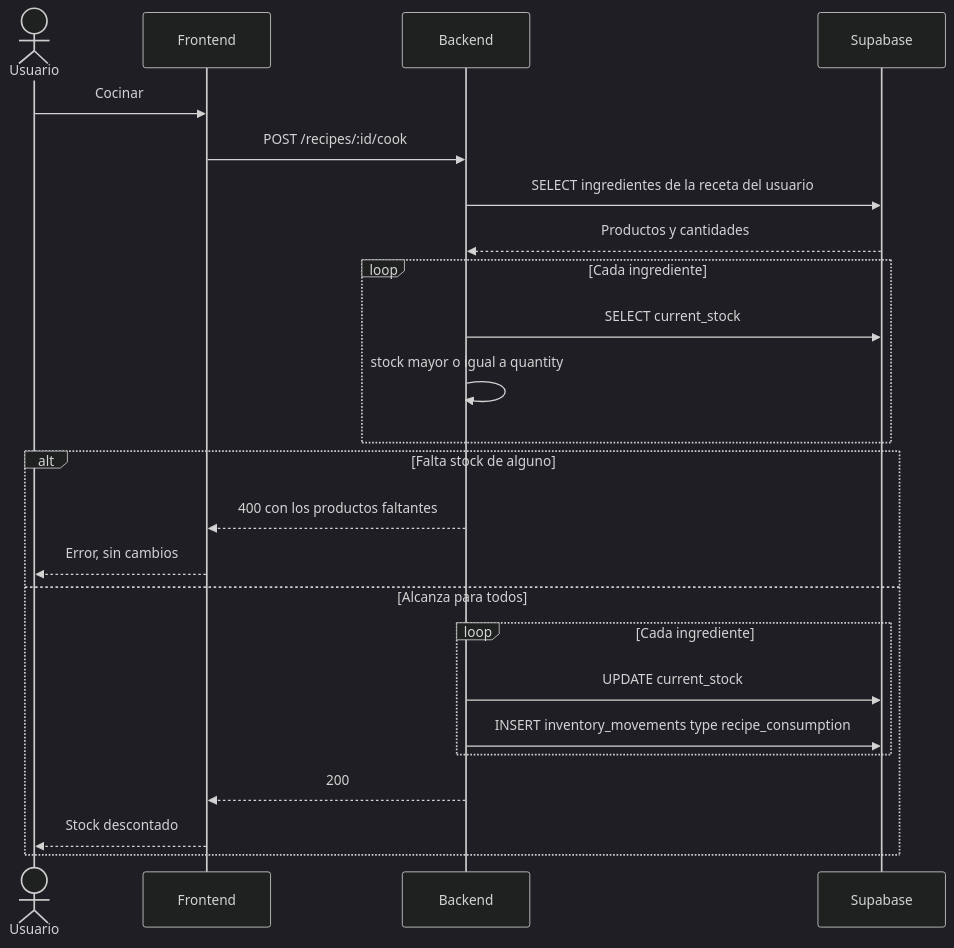
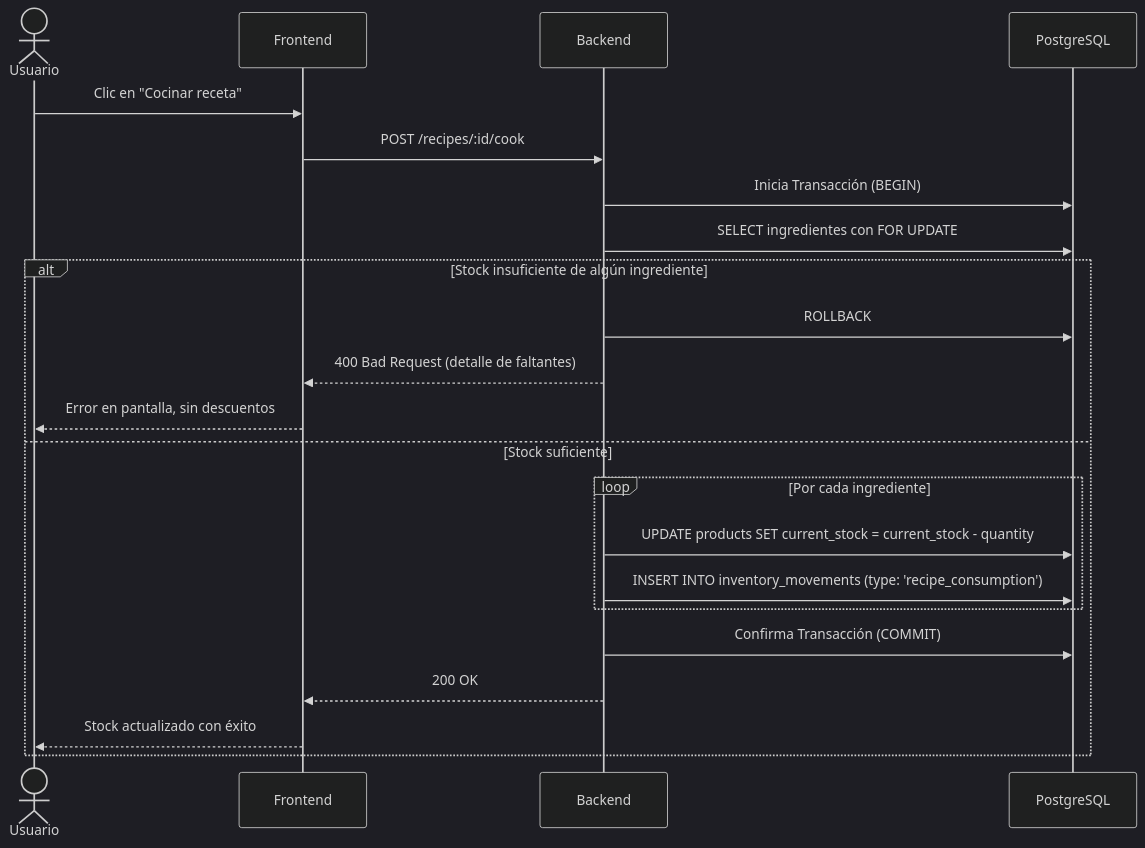
One commit to AlejandroPedrosa/Nido-SmartHome changed the fourth of 8 diagrams in docs/modulos.md. Above: the diagram before and after it, drawn with Mermaid (dark theme). The commit also changed other lines of this file and 8 other files, not shown here.

````diff
--- a/docs/modulos.md
+++ b/docs/modulos.md
@@ -445,29 +505,26 @@
 ```mermaid
 sequenceDiagram
     actor U as Usuario
     participant F as Frontend
     participant B as Backend
-    participant DB as Supabase
+    participant DB as PostgreSQL
 
-    U->>F: Cocinar
+    U->>F: Clic en "Cocinar receta"
     F->>B: POST /recipes/:id/cook
-    B->>DB: SELECT ingredientes de la receta del usuario
-    DB-->>B: Productos y cantidades
-
-    loop Cada ingrediente
-        B->>DB: SELECT current_stock
-        B->>B: stock mayor o igual a quantity
-    end
-
-    alt Falta stock de alguno
-        B-->>F: 400 con los productos faltantes
-        F-->>U: Error, sin cambios
-    else Alcanza para todos
-        loop Cada ingrediente
-            B->>DB: UPDATE current_stock
-            B->>DB: INSERT inventory_movements type recipe_consumption
+    B->>DB: Inicia Transacción (BEGIN)
+    B->>DB: SELECT ingredientes con FOR UPDATE
+    
+    alt Stock insuficiente de algún ingrediente
+        B->>DB: ROLLBACK
+        B-->>F: 400 Bad Request (detalle de faltantes)
+        F-->>U: Error en pantalla, sin descuentos
+    else Stock suficiente
+        loop Por cada ingrediente
+            B->>DB: UPDATE products SET current_stock = current_stock - quantity
+            B->>DB: INSERT INTO inventory_movements (type: 'recipe_consumption')
         end
-        B-->>F: 200
-        F-->>U: Stock descontado
+        B->>DB: Confirma Transacción (COMMIT)
+        B-->>F: 200 OK
+        F-->>U: Stock actualizado con éxito
     end
 ```
````
